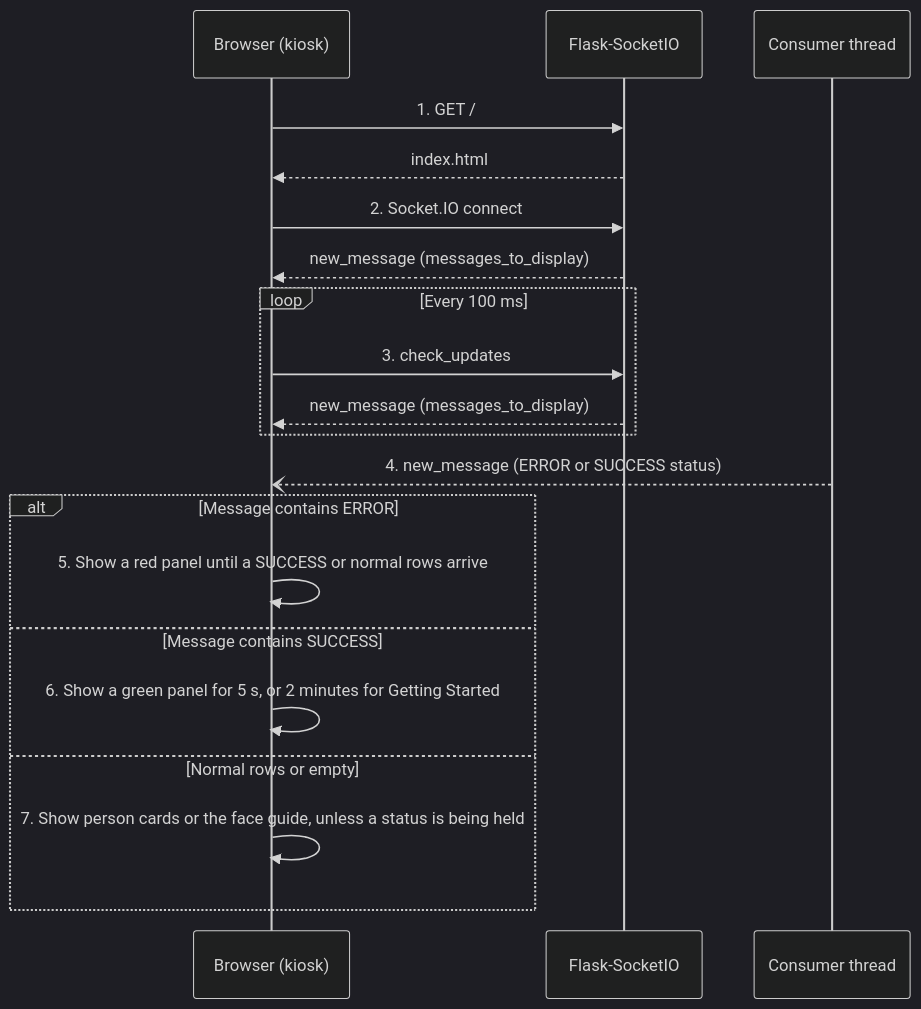
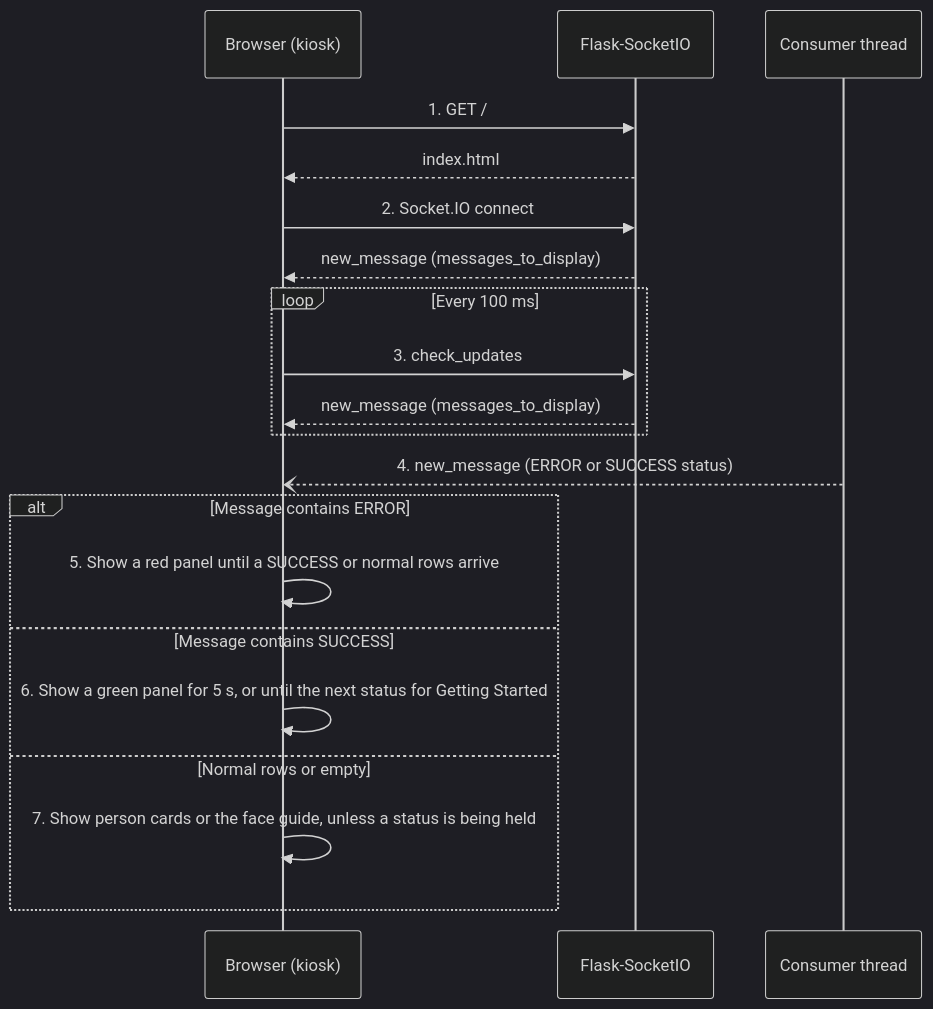
One commit to hamza-aziz-ai/Kafka-WebApp changed the third of 4 diagrams in docs/FLOW.md. Above: the diagram before and after it, drawn with Mermaid (dark theme). The commit also changed other lines of this file and 17 other files, not shown here.

````diff
--- a/docs/FLOW.md
+++ b/docs/FLOW.md
@@ -130,23 +118,23 @@
 ```mermaid
 sequenceDiagram
     participant B as Browser (kiosk)
     participant S as Flask-SocketIO
     participant T as Consumer thread
 
     B->>S: 1. GET /
     S-->>B: index.html
     B->>S: 2. Socket.IO connect
     S-->>B: new_message (messages_to_display)
     loop Every 100 ms
         B->>S: 3. check_updates
         S-->>B: new_message (messages_to_display)
     end
     T--)B: 4. new_message (ERROR or SUCCESS status)
     alt Message contains ERROR
         B->>B: 5. Show a red panel until a SUCCESS or normal rows arrive
     else Message contains SUCCESS
-        B->>B: 6. Show a green panel for 5 s, or 2 minutes for Getting Started
+        B->>B: 6. Show a green panel for 5 s, or until the next status for Getting Started
     else Normal rows or empty
         B->>B: 7. Show person cards or the face guide, unless a status is being held
     end
 ```
````
